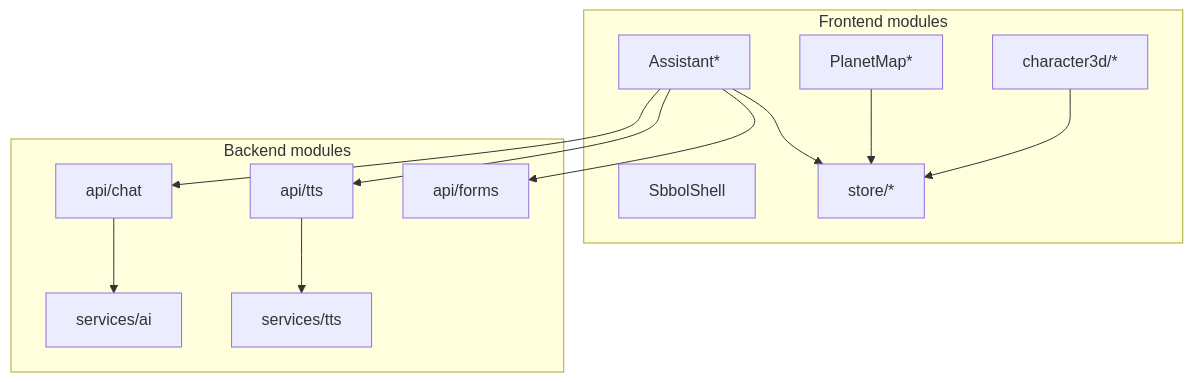
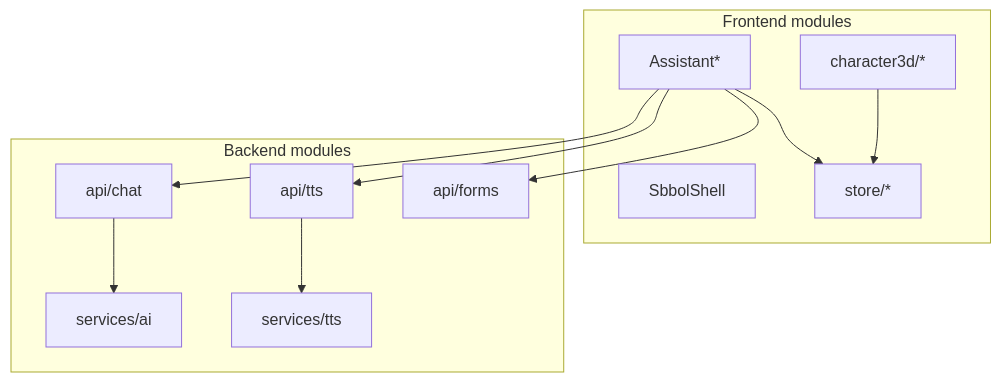
Before and after one commit to grrraaaa/mvp: the diagram in docs/MODULES.md, drawn with Mermaid. The commit also changed other lines of this file and 28 other files, not shown here.

````diff
--- a/docs/MODULES.md
+++ b/docs/MODULES.md
@@ -43,26 +42,24 @@
 ```mermaid
 flowchart TB
     subgraph FE_M["Frontend modules"]
         SHELL[SbbolShell]
         CHAT[Assistant*]
-        MAP[PlanetMap*]
         CHAR[character3d/*]
         STORES[store/*]
     end
 
     subgraph BE_M["Backend modules"]
         API_CHAT[api/chat]
         API_TTS[api/tts]
         API_FORMS[api/forms]
         SVC_AI[services/ai]
         SVC_TTS[services/tts]
     end
 
     CHAT --> API_CHAT & API_TTS
     CHAT --> STORES
-    MAP --> STORES
     CHAR --> STORES
     API_CHAT --> SVC_AI
     API_TTS --> SVC_TTS
     CHAT --> API_FORMS
 ```
````
